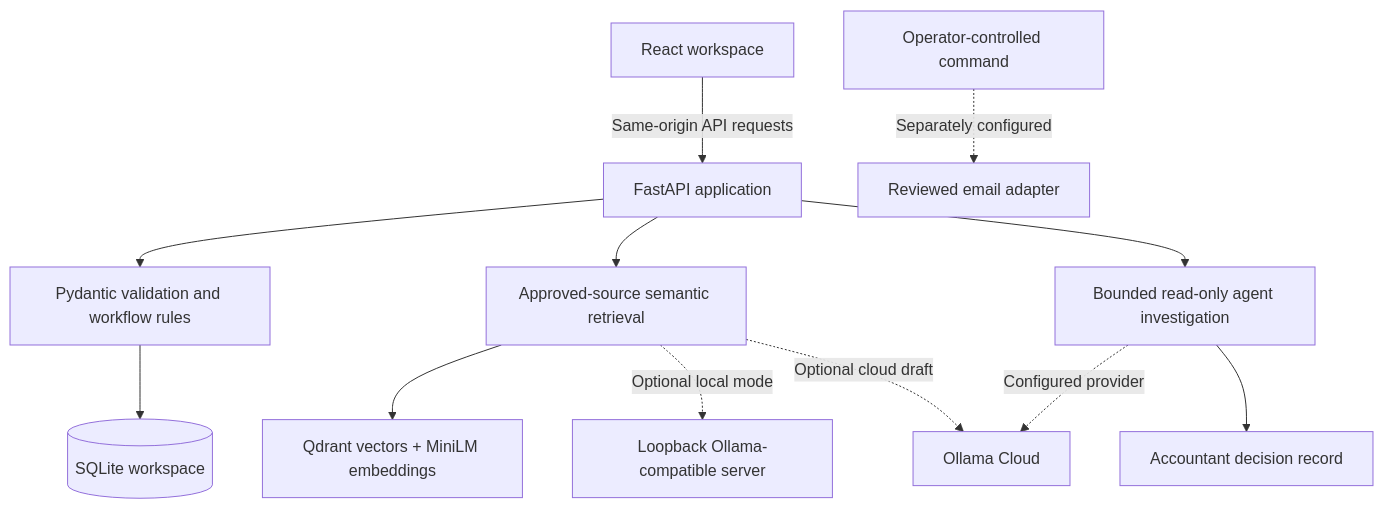
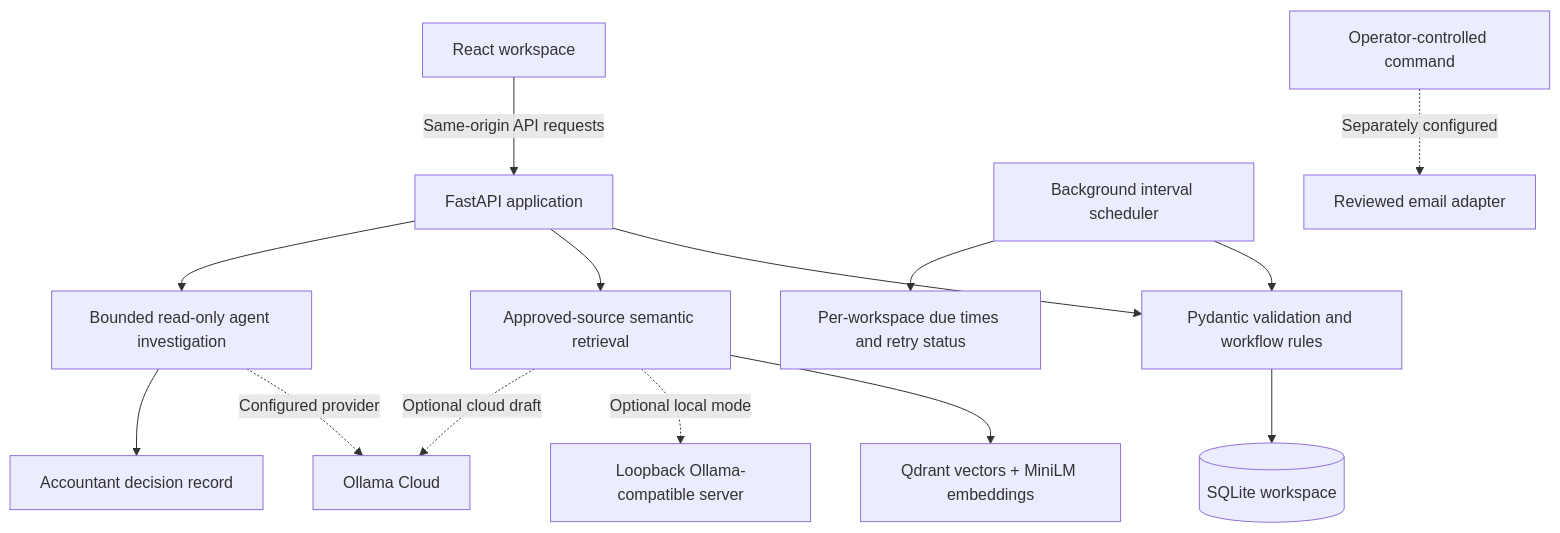
Before and after one commit to rachitr200/accounting-workbench: the diagram in README.md, drawn with Mermaid. The commit also changed other lines of this file, not shown here.

````diff
--- a/README.md
+++ b/README.md
@@ -137,14 +139,16 @@
 ```mermaid
 flowchart TD
     Browser[React workspace] -->|Same-origin API requests| API[FastAPI application]
     API --> Validation[Pydantic validation and workflow rules]
+    Scheduler[Background interval scheduler] --> Validation
+    Scheduler --> ScheduleDB[Per-workspace due times and retry status]
     Validation --> DB[(SQLite workspace)]
     API --> Retrieval[Approved-source semantic retrieval]
     Retrieval --> VectorDB[Qdrant vectors + MiniLM embeddings]
     Retrieval -. Optional local mode .-> Model[Loopback Ollama-compatible server]
     Retrieval -. Optional cloud draft .-> Cloud[Ollama Cloud]
     API --> Agent[Bounded read-only agent investigation]
     Agent -. Configured provider .-> Cloud
     Agent --> Review[Accountant decision record]
     Operator[Operator-controlled command] -. Separately configured .-> SMTP[Reviewed email adapter]
 ```
````
